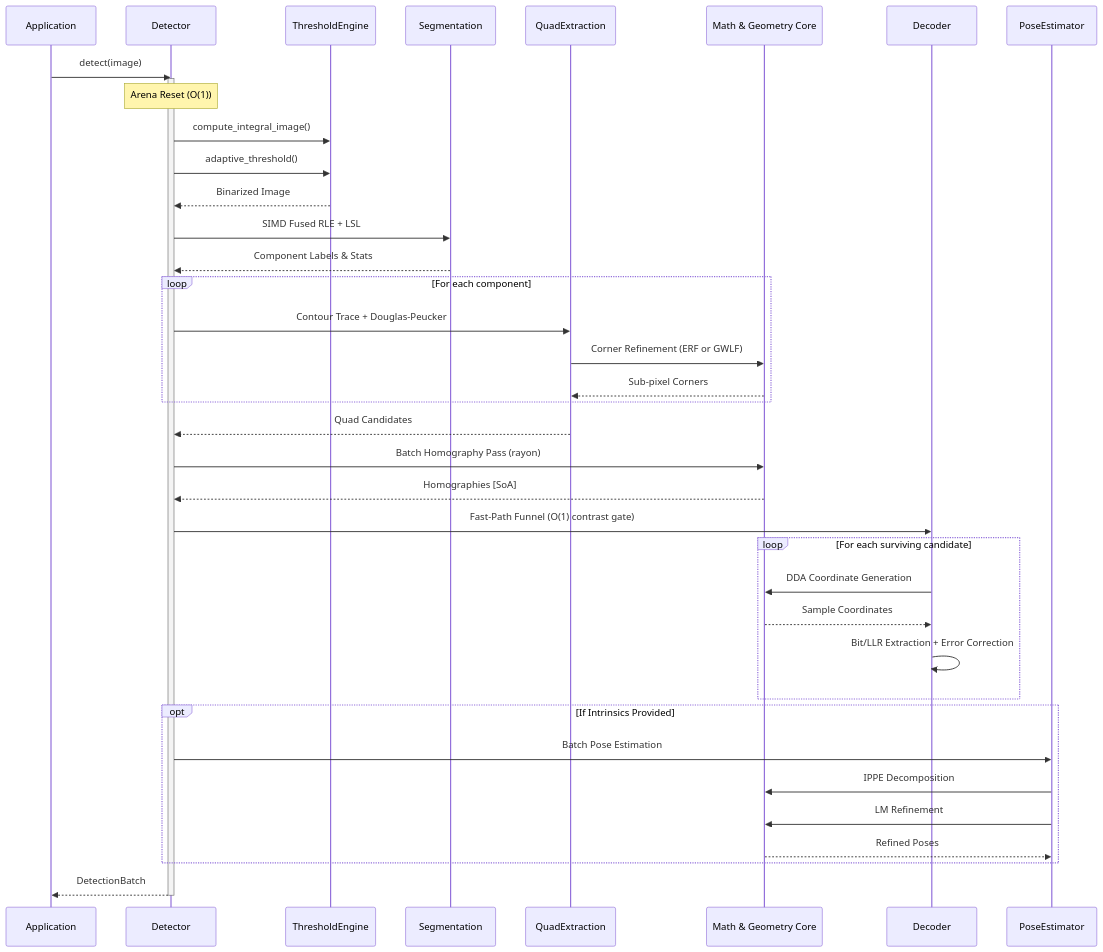
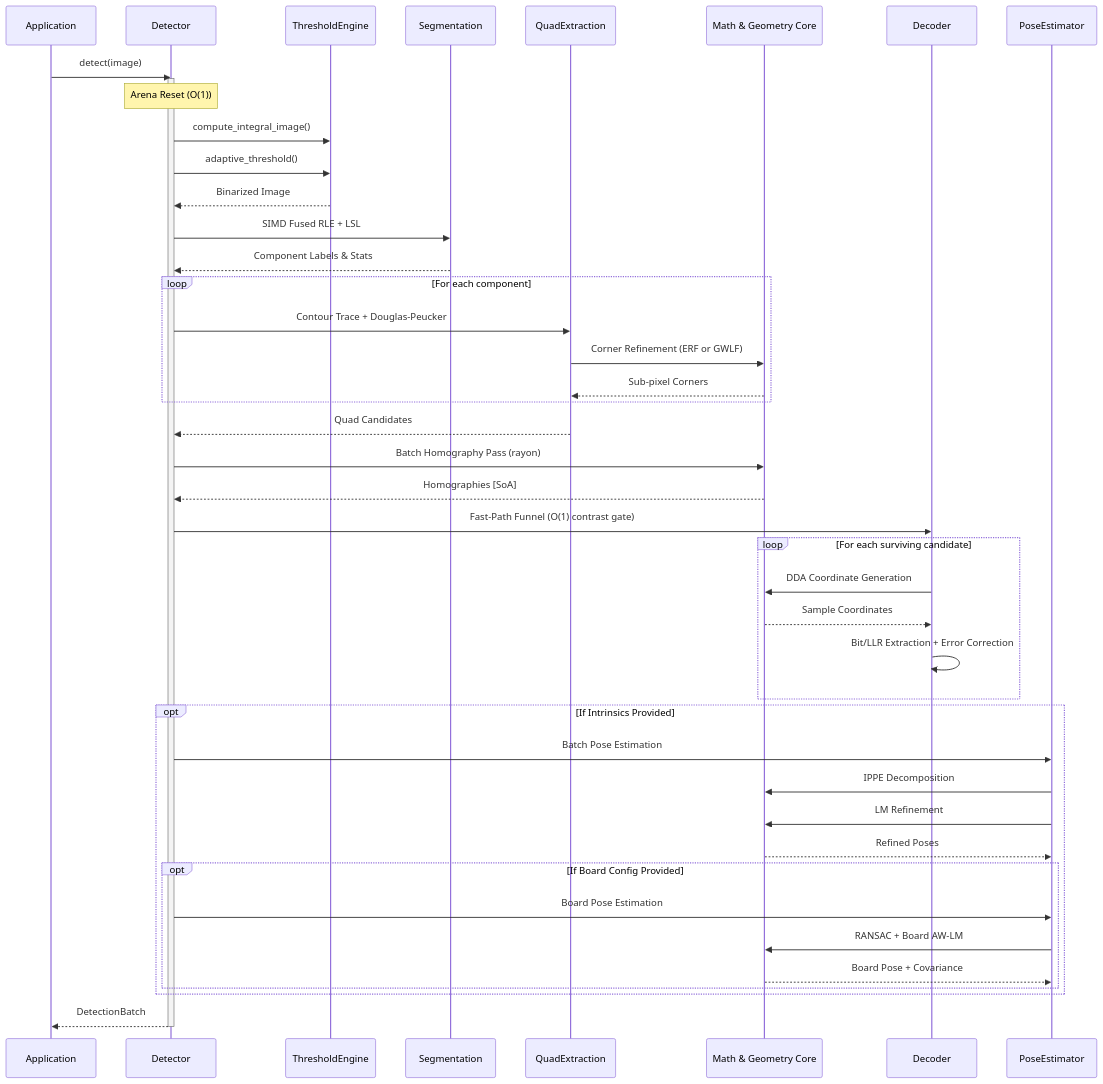
Before and after one commit to NoeFontana/locus-tag: the second of 2 diagrams in docs/explanation/pipeline.md, drawn with Mermaid. The commit also changed other lines of this file and 1 other file, not shown here.

Commit message:
docs: Finalize board estimation and ArUco 6x6_250 documentation

````diff
--- a/docs/explanation/pipeline.md
+++ b/docs/explanation/pipeline.md
@@ -158,50 +181,56 @@
 ```mermaid
 sequenceDiagram
     participant App as Application
     participant Det as Detector
     participant Thresh as ThresholdEngine
     participant Seg as Segmentation
     participant Quad as QuadExtraction
     participant Geom as Math & Geometry Core
     participant Decode as Decoder
     participant Pose as PoseEstimator
 
     App->>Det: detect(image)
     activate Det
 
     Note over Det: Arena Reset (O(1))
 
     Det->>Thresh: compute_integral_image()
     Det->>Thresh: adaptive_threshold()
     Thresh-->>Det: Binarized Image
 
     Det->>Seg: SIMD Fused RLE + LSL
     Seg-->>Det: Component Labels & Stats
 
     loop For each component
         Det->>Quad: Contour Trace + Douglas-Peucker
         Quad->>Geom: Corner Refinement (ERF or GWLF)
         Geom-->>Quad: Sub-pixel Corners
     end
     Quad-->>Det: Quad Candidates
 
     Det->>Geom: Batch Homography Pass (rayon)
     Geom-->>Det: Homographies [SoA]
 
     Det->>Decode: Fast-Path Funnel (O(1) contrast gate)
     loop For each surviving candidate
         Decode->>Geom: DDA Coordinate Generation
         Geom-->>Decode: Sample Coordinates
         Decode->>Decode: Bit/LLR Extraction + Error Correction
     end
 
     opt If Intrinsics Provided
         Det->>Pose: Batch Pose Estimation
         Pose->>Geom: IPPE Decomposition
         Pose->>Geom: LM Refinement
         Geom-->>Pose: Refined Poses
+
+        opt If Board Config Provided
+            Det->>Pose: Board Pose Estimation
+            Pose->>Geom: RANSAC + Board AW-LM
+            Geom-->>Pose: Board Pose + Covariance
+        end
     end
 
     Det-->>App: DetectionBatch
     deactivate Det
 ```
````
